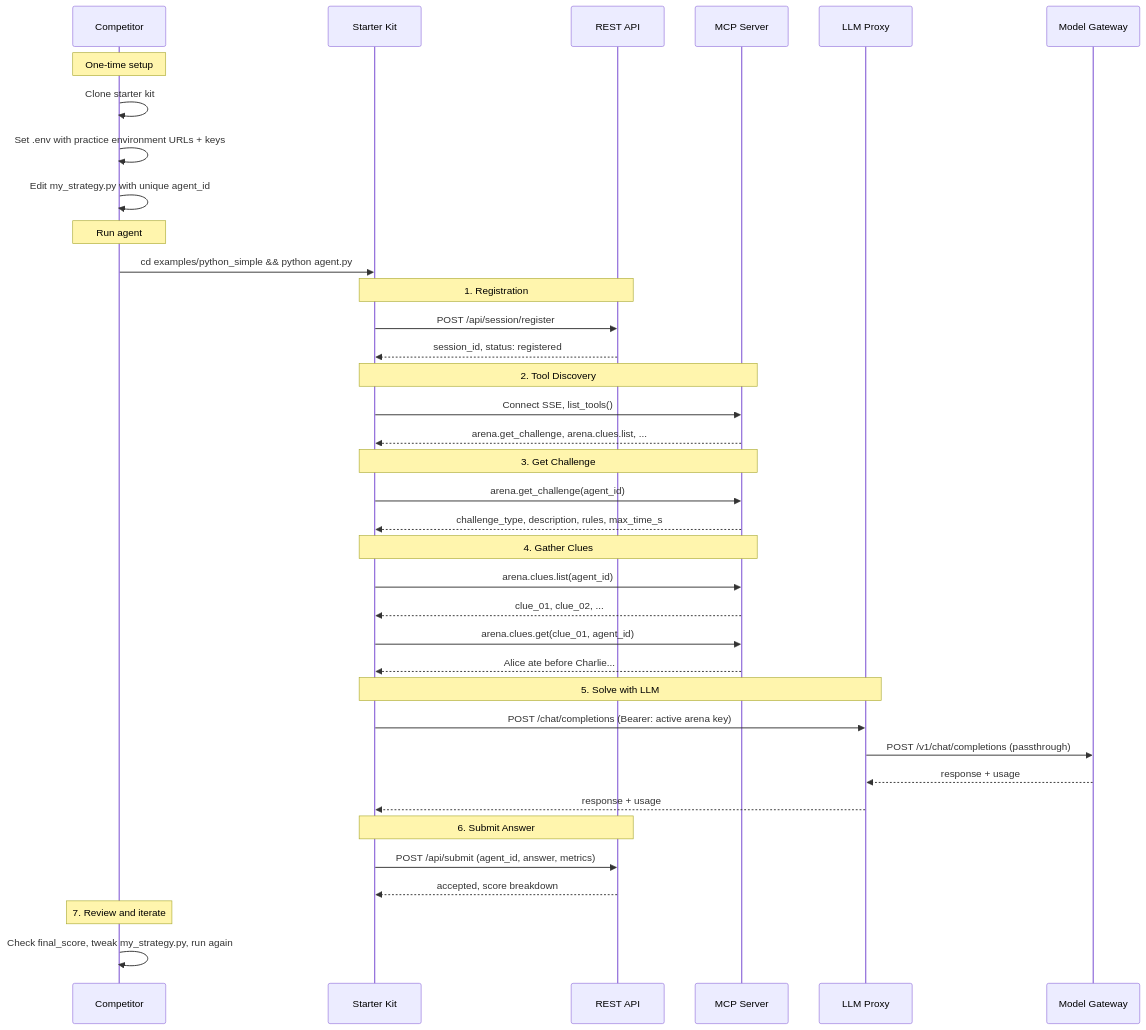
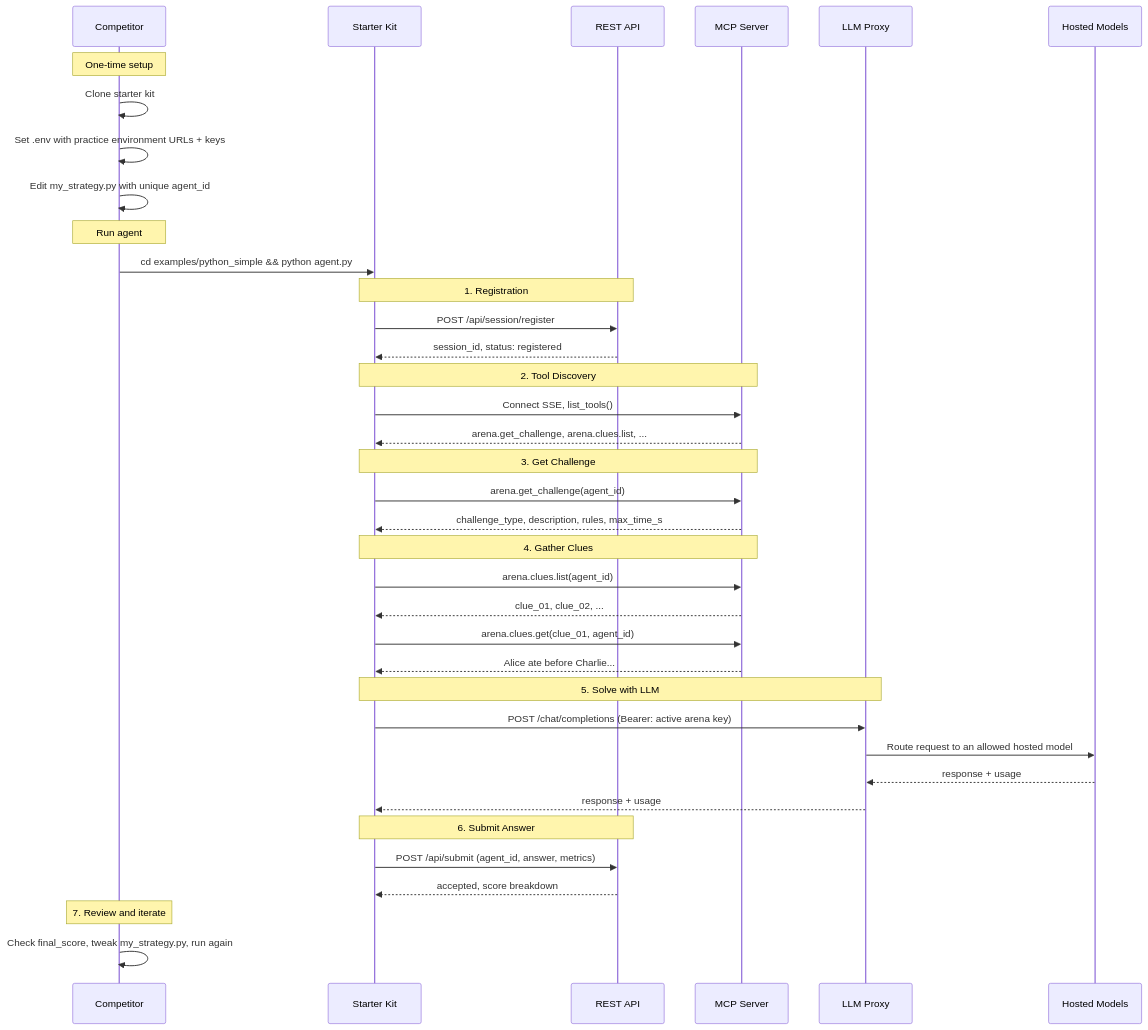
One commit to deonmenezes/Agent-Gaunlet-Starter-Kit changed the diagram in docs/practice-arena.md. Above: the diagram before and after it, drawn with Mermaid. The commit also changed other lines of this file and 5 other files, not shown here.

First line of the commit message:
docs: refresh server-hosted model guidance

````diff
--- a/docs/practice-arena.md
+++ b/docs/practice-arena.md
@@ -106,48 +109,48 @@
 ```mermaid
 sequenceDiagram
     participant C as Competitor
     participant SK as Starter Kit
     participant API as REST API
     participant MCP as MCP Server
     participant Proxy as LLM Proxy
-    participant NIM as Model Gateway
+    participant HostedModels as Hosted Models
 
     Note over C: One-time setup
     C->>C: Clone starter kit
     C->>C: Set .env with practice environment URLs + keys
     C->>C: Edit my_strategy.py with unique agent_id
 
     Note over C: Run agent
     C->>SK: cd examples/python_simple && python agent.py
 
     Note over SK,API: 1. Registration
     SK->>API: POST /api/session/register
     API-->>SK: session_id, status: registered
 
     Note over SK,MCP: 2. Tool Discovery
     SK->>MCP: Connect SSE, list_tools()
     MCP-->>SK: arena.get_challenge, arena.clues.list, ...
 
     Note over SK,MCP: 3. Get Challenge
     SK->>MCP: arena.get_challenge(agent_id)
     MCP-->>SK: challenge_type, description, rules, max_time_s
 
     Note over SK,MCP: 4. Gather Clues
     SK->>MCP: arena.clues.list(agent_id)
     MCP-->>SK: clue_01, clue_02, ...
     SK->>MCP: arena.clues.get(clue_01, agent_id)
     MCP-->>SK: Alice ate before Charlie...
 
     Note over SK,Proxy: 5. Solve with LLM
     SK->>Proxy: POST /chat/completions (Bearer: active arena key)
-    Proxy->>NIM: POST /v1/chat/completions (passthrough)
-    NIM-->>Proxy: response + usage
+    Proxy->>HostedModels: Route request to an allowed hosted model
+    HostedModels-->>Proxy: response + usage
     Proxy-->>SK: response + usage
 
     Note over SK,API: 6. Submit Answer
     SK->>API: POST /api/submit (agent_id, answer, metrics)
     API-->>SK: accepted, score breakdown
 
     Note over C: 7. Review and iterate
     C->>C: Check final_score, tweak my_strategy.py, run again
 ```
````
